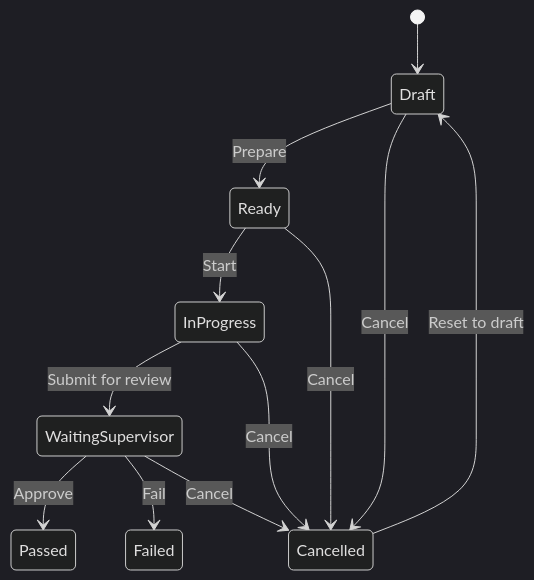
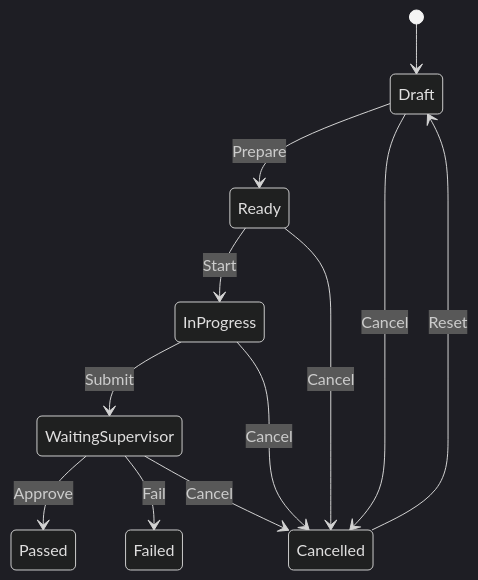
One commit to Hussain800/odoominance-odoo changed the second of 2 diagrams in README.md. Above: the diagram before and after it, drawn with Mermaid (dark theme). The commit also changed other lines of this file and 24 other files, not shown here.

````diff
--- a/README.md
+++ b/README.md
@@ -46,14 +50,14 @@
 ```mermaid
 stateDiagram-v2
-	[*] --> Draft
-	Draft --> Ready: Prepare
-	Ready --> InProgress: Start
-	InProgress --> WaitingSupervisor: Submit for review
-	WaitingSupervisor --> Passed: Approve
-	WaitingSupervisor --> Failed: Fail
-	Draft --> Cancelled: Cancel
-	Ready --> Cancelled: Cancel
-	InProgress --> Cancelled: Cancel
-	WaitingSupervisor --> Cancelled: Cancel
-	Cancelled --> Draft: Reset to draft
+    [*] --> Draft
+    Draft --> Ready: Prepare
+    Ready --> InProgress: Start
+    InProgress --> WaitingSupervisor: Submit
+    WaitingSupervisor --> Passed: Approve
+    WaitingSupervisor --> Failed: Fail
+    Draft --> Cancelled: Cancel
+    Ready --> Cancelled: Cancel
+    InProgress --> Cancelled: Cancel
+    WaitingSupervisor --> Cancelled: Cancel
+    Cancelled --> Draft: Reset
 ```
````
